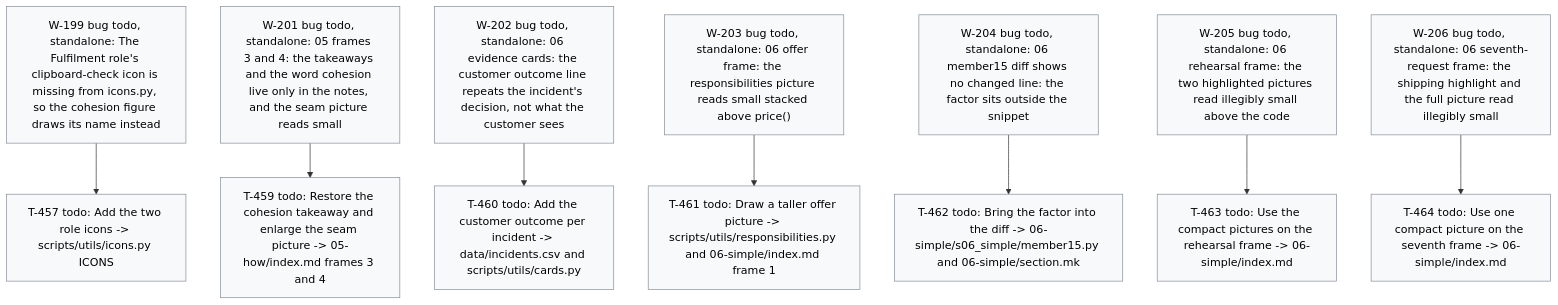
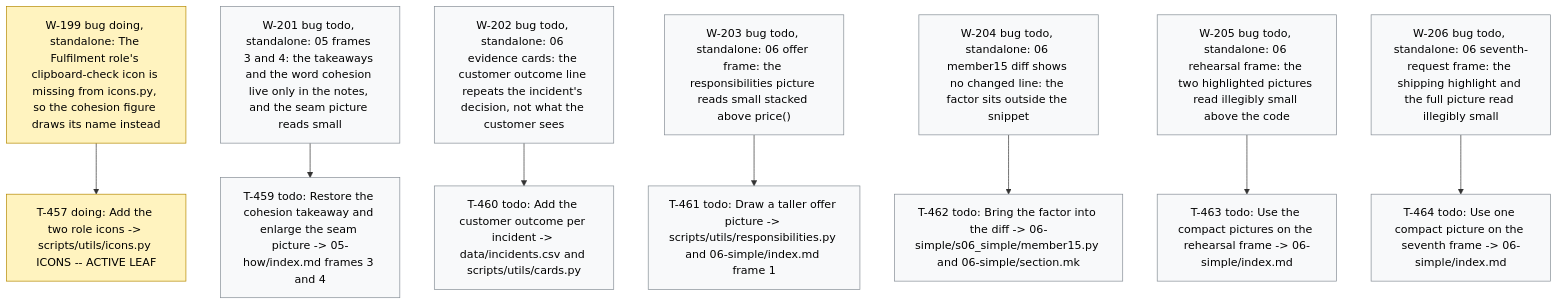
One commit to dpopchev/chaos-to-simple changed the diagram in .board/BOARD.md. Above: the diagram before and after it, drawn with Mermaid. The commit also changed other lines of this file and 2 other files, not shown here.

Commit message:
chore(board): activate W-199, start T-457
Refs: W-199 T-457

````diff
--- a/.board/BOARD.md
+++ b/.board/BOARD.md
@@ -1184,23 +1184,24 @@
 ```mermaid
 flowchart TD
-  W199["W-199 bug todo, standalone: The Fulfilment role's clipboard-check icon is missing from icons.py, so the cohesion figure draws its name instead"]
-  W199 --> T457["T-457 todo: Add the two role icons -> scripts/utils/icons.py ICONS"]
+  W199["W-199 bug doing, standalone: The Fulfilment role's clipboard-check icon is missing from icons.py, so the cohesion figure draws its name instead"]
+  W199 --> T457["T-457 doing: Add the two role icons -> scripts/utils/icons.py ICONS -- ACTIVE LEAF"]
   W201["W-201 bug todo, standalone: 05 frames 3 and 4: the takeaways and the word cohesion live only in the notes, and the seam picture reads small"]
   W201 --> T459["T-459 todo: Restore the cohesion takeaway and enlarge the seam picture -> 05-how/index.md frames 3 and 4"]
   W202["W-202 bug todo, standalone: 06 evidence cards: the customer outcome line repeats the incident's decision, not what the customer sees"]
   W202 --> T460["T-460 todo: Add the customer outcome per incident -> data/incidents.csv and scripts/utils/cards.py"]
   W203["W-203 bug todo, standalone: 06 offer frame: the responsibilities picture reads small stacked above price()"]
   W203 --> T461["T-461 todo: Draw a taller offer picture -> scripts/utils/responsibilities.py and 06-simple/index.md frame 1"]
   W204["W-204 bug todo, standalone: 06 member15 diff shows no changed line: the factor sits outside the snippet"]
   W204 --> T462["T-462 todo: Bring the factor into the diff -> 06-simple/s06_simple/member15.py and 06-simple/section.mk"]
   W205["W-205 bug todo, standalone: 06 rehearsal frame: the two highlighted pictures read illegibly small above the code"]
   W205 --> T463["T-463 todo: Use the compact pictures on the rehearsal frame -> 06-simple/index.md"]
   W206["W-206 bug todo, standalone: 06 seventh-request frame: the shipping highlight and the full picture read illegibly small"]
   W206 --> T464["T-464 todo: Use one compact picture on the seventh frame -> 06-simple/index.md"]
   classDef doing fill:#fff3bf,stroke:#b58900,color:#000;
   classDef blocked fill:#ffe3e3,stroke:#c92a2a,color:#000;
   classDef done fill:#e6ffed,stroke:#2b8a3e,color:#000;
   classDef todo fill:#f8f9fa,stroke:#868e96,color:#000;
   classDef pruned fill:#f1f3f5,stroke:#adb5bd,color:#000;
-  class W199,T457,W201,T459,W202,T460,W203,T461,W204,T462,W205,T463,W206,T464 todo
+  class W199,T457 doing
+  class W201,T459,W202,T460,W203,T461,W204,T462,W205,T463,W206,T464 todo
 ```
````
